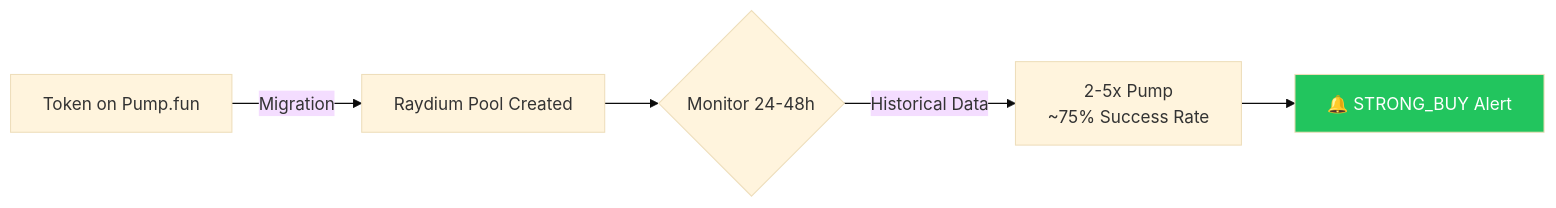
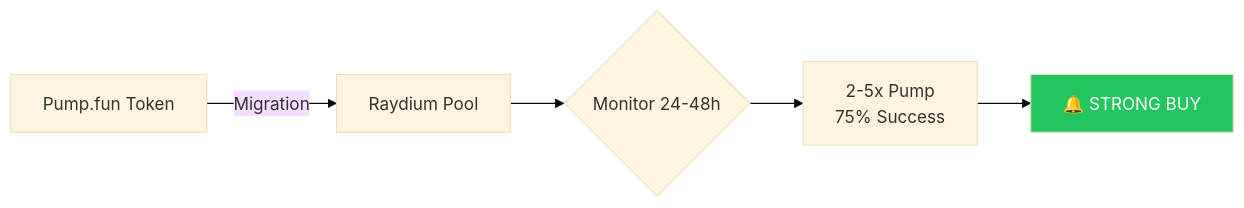
One commit to blablablasealsaresoft/pumpfun-intelligence changed the sixth of 15 diagrams in README.md. Above: the diagram before and after it, drawn with Mermaid (base theme). The commit also changed other lines of this file, not shown here.

````diff
--- a/README.md
+++ b/README.md
@@ -290,9 +271,9 @@
 ```mermaid
 flowchart LR
-    A[Token on Pump.fun] -->|Migration| B[Raydium Pool Created]
+    A[Pump.fun Token] -->|Migration| B[Raydium Pool]
     B --> C{Monitor 24-48h}
-    C -->|Historical Data| D["2-5x Pump<br/>~75% Success Rate"]
-    D --> E[🔔 STRONG_BUY Alert]
+    C --> D[2-5x Pump<br/>75% Success]
+    D --> E[🔔 STRONG BUY]
 
     style E fill:#22c55e,color:#fff
 ```
````
